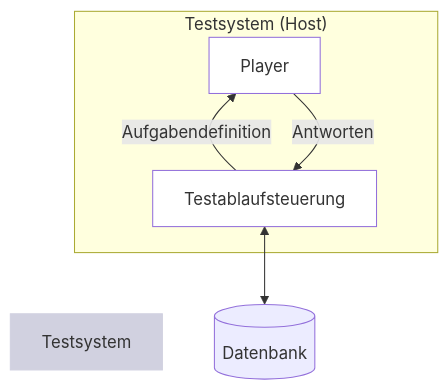
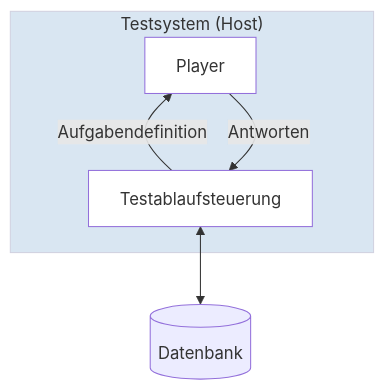
Before and after one commit to verona-interfaces/verona-interfaces.github.io: the diagram in intro/architecture.qmd, drawn with Mermaid.

Commit message:
Restyle architecture plugin graph

````diff
--- a/intro/architecture.qmd
+++ b/intro/architecture.qmd
@@ -12,11 +12,11 @@
 ```{mermaid}
 flowchart BT
-    subgraph "Testsystem (Host)"
+    subgraph TS ["Testsystem (Host)"]
         TC[Testablaufsteuerung]-->|Aufgabendefinition| P[Player]
         style TC fill:white
         style P fill:white
         P-->|Antworten| TC
     end
-    style Testsystem fill:#d1d1e0,stroke:#d1d1e0
+    style TS fill:#d9e6f2,stroke:#d1d1e0
     DB[(Datenbank)]<--> TC
 ```
````
